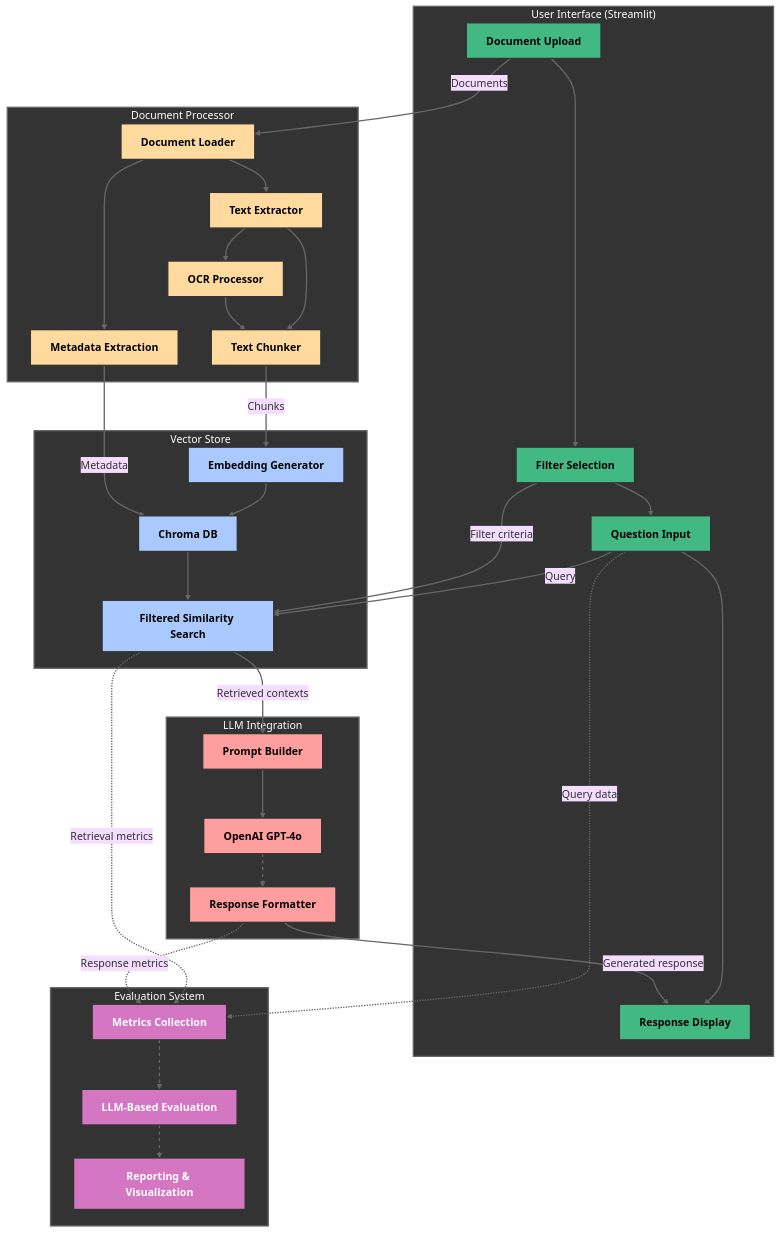
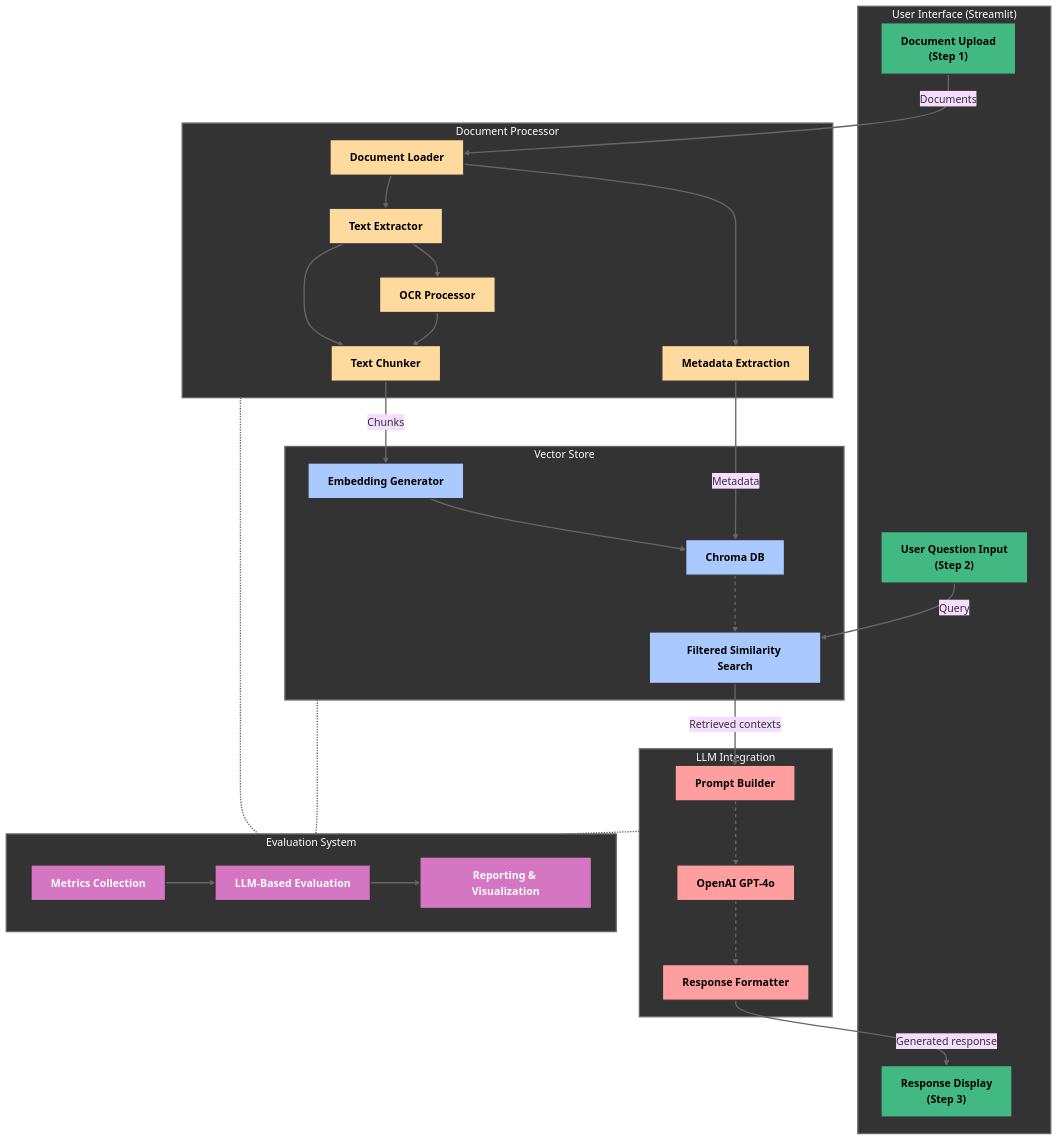
One commit to mdwaquarahmad/fortune500-rag changed the diagram in README.md. Above: the diagram before and after it, drawn with Mermaid (base theme).

Commit message:
Documentation

````diff
--- a/README.md
+++ b/README.md
@@ -36,73 +36,72 @@
 ```mermaid
 flowchart TD
     %% User Interface Component
     subgraph UI["User Interface (Streamlit)"]
         style UI fill:#333333,stroke:#666666,stroke-width:2px,color:white
-        A1["Document Upload"] --> A2["Filter Selection"] 
-        A2 --> A3["Question Input"]
-        A3 --> A4["Response Display"]
+        A1["Document Upload\n(Step 1)"]
+        A2["User Question Input\n(Step 2)"]
+        A3["Response Display\n(Step 3)"]
     end
     
     %% Document Processor Component
     subgraph DP["Document Processor"]
         style DP fill:#333333,stroke:#666666,stroke-width:2px,color:white
         B1["Document Loader"] --> B2["Text Extractor"]
         B2 --> B3["OCR Processor"]
         B2 --> B4["Text Chunker"]
         B3 --> B4
         B1 --> B5["Metadata Extraction"]
     end
     
     %% Vector Store Component
     subgraph VS["Vector Store"]
         style VS fill:#333333,stroke:#666666,stroke-width:2px,color:white
         C1["Embedding Generator"] --> C2["Chroma DB"]
         C2 --> C3["Filtered Similarity Search"]
     end
     
     %% LLM Integration Component
     subgraph LLM["LLM Integration"]
         style LLM fill:#333333,stroke:#666666,stroke-width:2px,color:white
         D1["Prompt Builder"] --> D2["OpenAI GPT-4o"]
         D2 --> D3["Response Formatter"]
     end
     
     %% Evaluation System Component
     subgraph EVAL["Evaluation System"]
         style EVAL fill:#333333,stroke:#666666,stroke-width:2px,color:white
         E1["Metrics Collection"] --> E2["LLM-Based Evaluation"]
         E2 --> E3["Reporting & Visualization"]
     end
     
-    %% Main Data Flow Connections
+    %% Main Data Flow Connections - Solid Lines
     A1 -- "Documents" --> B1
     B4 -- "Chunks" --> C1
     B5 -- "Metadata" --> C2
-    A3 -- "Query" --> C3
-    A2 -- "Filter criteria" --> C3
+    A2 -- "Query" --> C3
     C3 -- "Retrieved contexts" --> D1
-    D3 -- "Generated response" --> A4
+    D3 -- "Generated response" --> A3
     
-    %% Evaluation System Connections
-    C3 -. "Retrieval metrics" .-> E1
-    D3 -. "Response metrics" .-> E1
-    A3 -. "Query data" .-> E1
+    %% Evaluation System Connections - Dotted Lines (no arrows)
+    DP -.- EVAL
+    VS -.- EVAL
+    LLM -.- EVAL
     
     %% Styling for specific components
     classDef uiComponents fill:#42b983,stroke:#333,stroke-width:2px,color:black,font-weight:bold
     classDef dpComponents fill:#ffda9e,stroke:#333,stroke-width:2px,color:black,font-weight:bold
     classDef vsComponents fill:#aac9ff,stroke:#333,stroke-width:2px,color:black,font-weight:bold
     classDef llmComponents fill:#ff9e9e,stroke:#333,stroke-width:2px,color:black,font-weight:bold
     classDef evalComponents fill:#d576c3,stroke:#333,stroke-width:2px,color:white,font-weight:bold
     
     %% Apply styles to components
-    class A1,A2,A3,A4 uiComponents
+    class A1,A2,A3 uiComponents
     class B1,B2,B3,B4,B5 dpComponents
     class C1,C2,C3 vsComponents
     class D1,D2,D3 llmComponents
     class E1,E2,E3 evalComponents
     
     %% Link styling
     linkStyle default stroke:#666,stroke-width:2px
-    linkStyle 11,12,13 stroke:#666,stroke-width:2px,stroke-dasharray:5 5
+    linkStyle 6,7,8 stroke:#666,stroke-width:2px,stroke-dasharray:5 5
 ```
````
